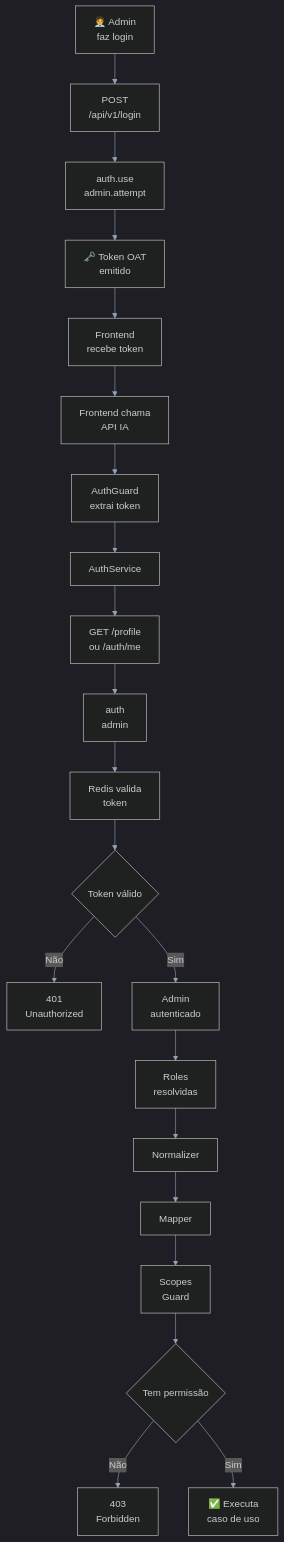
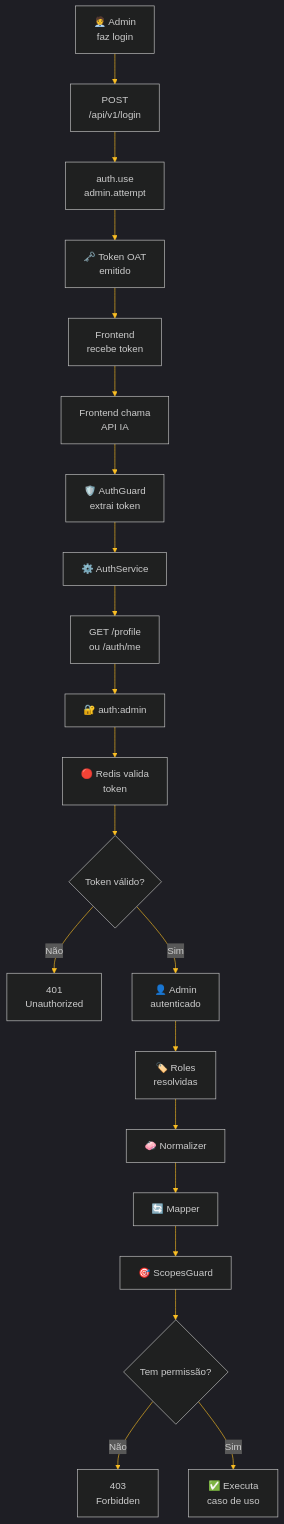
One commit to matheusdiamantino-betalent/IA changed the fourth of 9 diagrams in RFC-0001-Auth.md. Above: the diagram before and after it, drawn with Mermaid. The commit also changed other lines of this file, not shown here.

````diff
--- a/RFC-0001-Auth.md
+++ b/RFC-0001-Auth.md
@@ -393,34 +435,38 @@
 ```mermaid
 %%{init: {'theme':'dark','themeVariables': {
-  'primaryColor':'#111827',
-  'primaryTextColor':'#e5e7eb',
+  'background':'#020617',
+  'primaryColor':'#0f172a',
+  'primaryTextColor':'#e2e8f0',
   'primaryBorderColor':'#f59e0b',
-  'lineColor':'#94a3b8',
-  'secondaryColor':'#0f172a',
-  'tertiaryColor':'#1f2937',
-  'fontFamily':'Inter, Segoe UI, Arial'
+  'lineColor':'#fbbf24',
+  'secondaryColor':'#111827',
+  'tertiaryColor':'#1e293b',
+  'clusterBkg':'#0b1120',
+  'clusterBorder':'#f59e0b',
+  'fontFamily':'Inter, Segoe UI, Arial',
+  'fontSize':'16px'
 }}}%%
 flowchart TD
-    A["🧑‍💼 Admin\nfaz login"] --> B["POST\n/api/v1/login"]
-    B --> C["auth.use\nadmin.attempt"]
-    C --> D["🗝️ Token OAT\nemitido"]
-    D --> E["Frontend\nrecebe token"]
+    A["🧑‍💼 Admin<br/>faz login"] --> B["POST<br/>/api/v1/login"]
+    B --> C["auth.use<br/>admin.attempt"]
+    C --> D["🗝️ Token OAT<br/>emitido"]
+    D --> E["Frontend<br/>recebe token"]
 
-    E --> F["Frontend chama\nAPI IA"]
-    F --> G["AuthGuard\nextrai token"]
-    G --> H["AuthService"]
-    H --> I["GET /profile\nou /auth/me"]
-    I --> J["auth\nadmin"]
-    J --> K["Redis valida\ntoken"]
+    E --> F["Frontend chama<br/>API IA"]
+    F --> G["🛡️ AuthGuard<br/>extrai token"]
+    G --> H["⚙️ AuthService"]
+    H --> I["GET /profile<br/>ou /auth/me"]
+    I --> J["🔐 auth:admin"]
+    J --> K["🔴 Redis valida<br/>token"]
 
-    K --> L{"Token válido"}
-    L -- "Não" --> M["401\nUnauthorized"]
-    L -- "Sim" --> N["Admin\nautenticado"]
-    N --> O["Roles\nresolvidas"]
-    O --> P["Normalizer"]
-    P --> Q["Mapper"]
-    Q --> R["Scopes\nGuard"]
-    R --> S{"Tem permissão"}
-    S -- "Não" --> T["403\nForbidden"]
-    S -- "Sim" --> U["✅ Executa\ncaso de uso"]
+    K --> L{"Token válido?"}
+    L -- "Não" --> M["401<br/>Unauthorized"]
+    L -- "Sim" --> N["👤 Admin<br/>autenticado"]
+    N --> O["🏷️ Roles<br/>resolvidas"]
+    O --> P["🧼 Normalizer"]
+    P --> Q["🔄 Mapper"]
+    Q --> R["🎯 ScopesGuard"]
+    R --> S{"Tem permissão?"}
+    S -- "Não" --> T["403<br/>Forbidden"]
+    S -- "Sim" --> U["✅ Executa<br/>caso de uso"]
 ```
````
